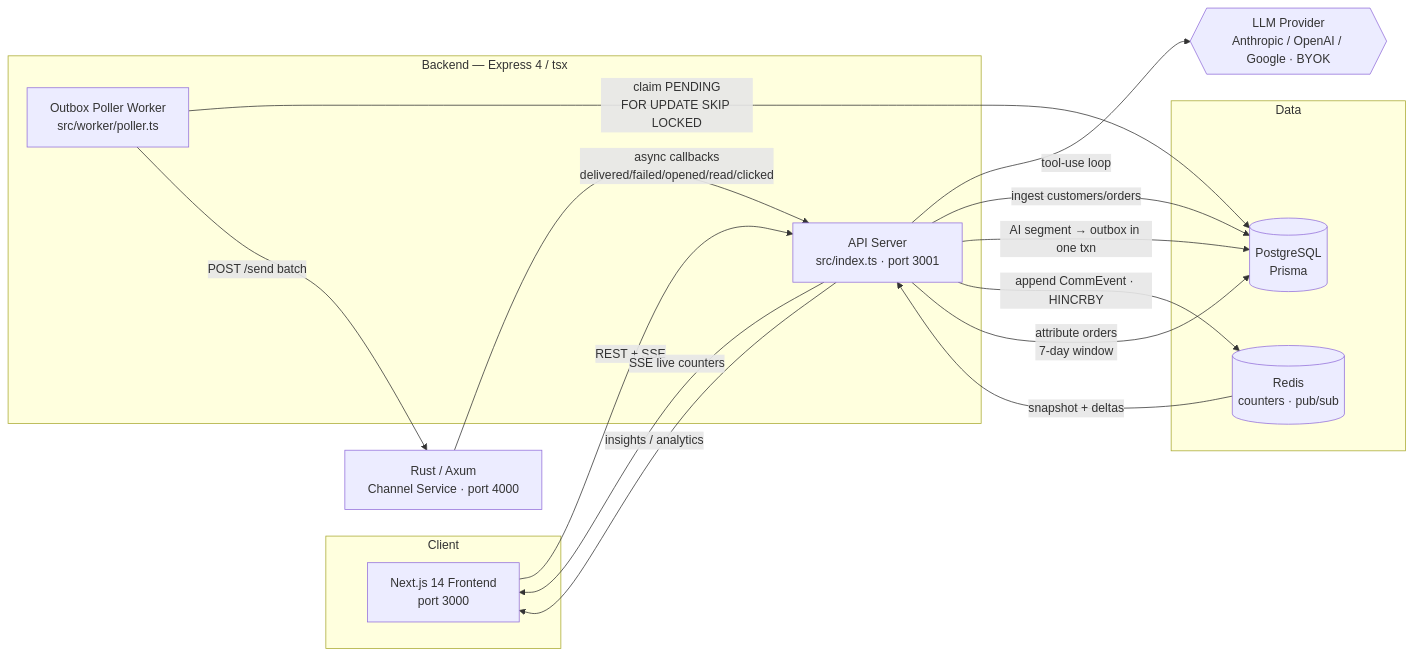
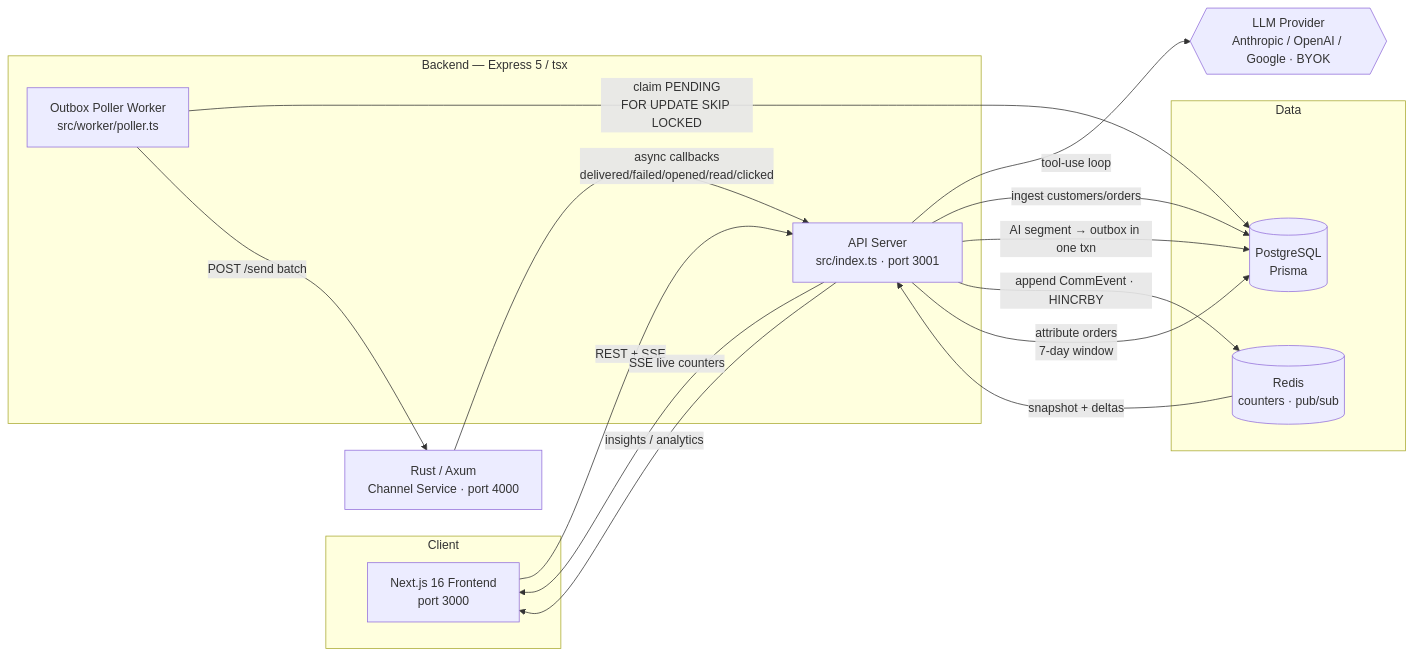
One commit to Ansh-699/xeno-crm changed the diagram in docs/ARCHITECTURE.md. Above: the diagram before and after it, drawn with Mermaid. The commit also changed other lines of this file and 4 other files, not shown here.

````diff
--- a/docs/ARCHITECTURE.md
+++ b/docs/ARCHITECTURE.md
@@ -52,32 +52,32 @@
 ```mermaid
 flowchart LR
   subgraph Client
-    FE[Next.js 14 Frontend<br/>port 3000]
+    FE[Next.js 16 Frontend<br/>port 3000]
   end
 
-  subgraph Backend[Backend — Express 4 / tsx]
+  subgraph Backend[Backend — Express 5 / tsx]
     API[API Server<br/>src/index.ts · port 3001]
     WORK[Outbox Poller Worker<br/>src/worker/poller.ts]
   end
 
   CS[Rust / Axum<br/>Channel Service · port 4000]
 
   subgraph Data
     PG[(PostgreSQL<br/>Prisma)]
     RD[(Redis<br/>counters · pub/sub)]
   end
 
   FE -->|REST + SSE| API
   API -->|tool-use loop| LLM{{LLM Provider<br/>Anthropic / OpenAI / Google · BYOK}}
 
   API -->|ingest customers/orders| PG
   API -->|AI segment → outbox in one txn| PG
   WORK -->|claim PENDING<br/>FOR UPDATE SKIP LOCKED| PG
   WORK -->|POST /send batch| CS
   CS -->|async callbacks<br/>delivered/failed/opened/read/clicked| API
   API -->|append CommEvent · HINCRBY| RD
   API -->|attribute orders<br/>7-day window| PG
   RD -->|snapshot + deltas| API
   API -->|SSE live counters| FE
   API -->|insights / analytics| FE
 ```
````
